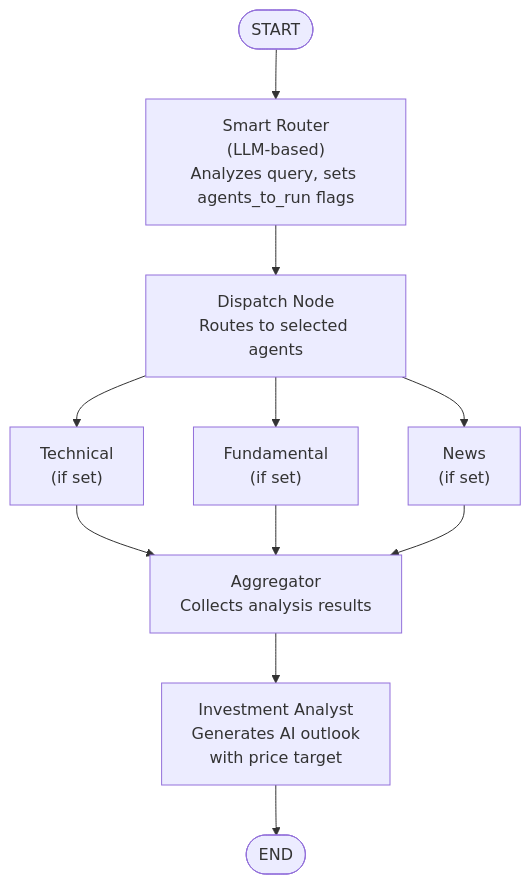
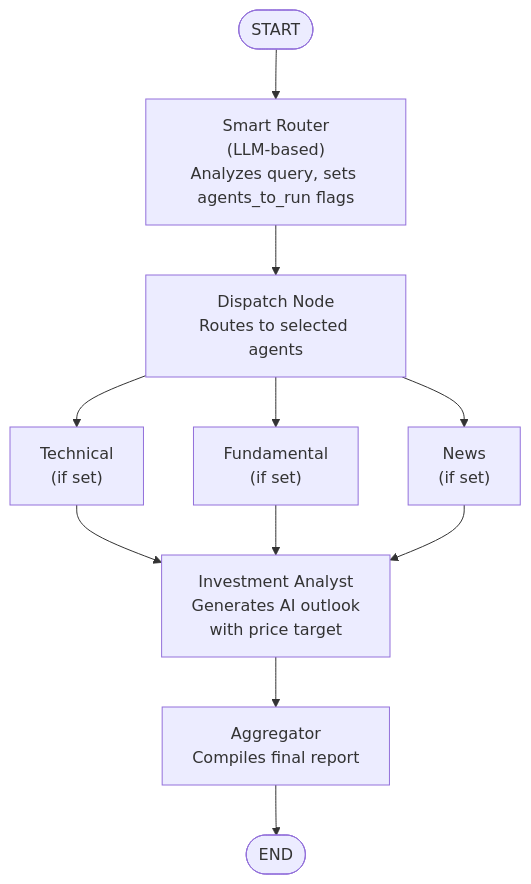
One commit to michaelzus/ThinkOnlyOnce changed the second of 2 diagrams in docs/SDD.md. Above: the diagram before and after it, drawn with Mermaid. The commit also changed other lines of this file and 5 other files, not shown here.

````diff
--- a/docs/SDD.md
+++ b/docs/SDD.md
@@ -85,19 +85,19 @@
 ```mermaid
 flowchart TB
     Start([START])
     Start --> Router["Smart Router<br/>(LLM-based)<br/>Analyzes query, sets agents_to_run flags"]
     
     Router --> Dispatch["Dispatch Node<br/>Routes to selected agents"]
     
     Dispatch --> Tech["Technical<br/>(if set)"]
     Dispatch --> Fund["Fundamental<br/>(if set)"]
     Dispatch --> News["News<br/>(if set)"]
     
-    Tech --> Agg["Aggregator<br/>Collects analysis results"]
-    Fund --> Agg
-    News --> Agg
+    Tech --> Invest["Investment Analyst<br/>Generates AI outlook<br/>with price target"]
+    Fund --> Invest
+    News --> Invest
     
-    Agg --> Invest["Investment Analyst<br/>Generates AI outlook<br/>with price target"]
+    Invest --> Agg["Aggregator<br/>Compiles final report"]
     
-    Invest --> End([END])
+    Agg --> End([END])
 ```
````
